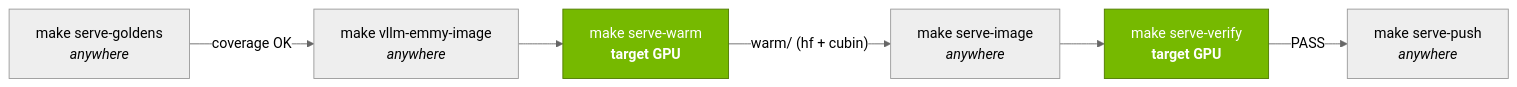
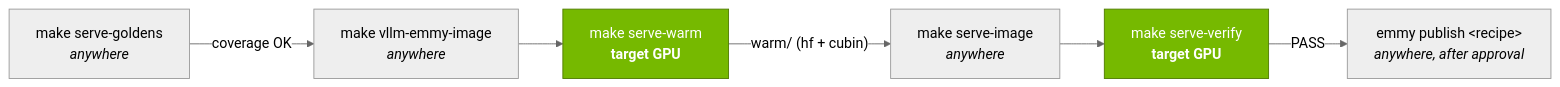
Before and after one commit to cloudrift-ai/server-benchmark: the diagram in docker/vllm-emmy-serve/ARCHITECTURE.md, drawn with Mermaid (neutral theme). The commit also changed other lines of this file and 21 other files, not shown here.

````diff
--- a/docker/vllm-emmy-serve/ARCHITECTURE.md
+++ b/docker/vllm-emmy-serve/ARCHITECTURE.md
@@ -169,12 +186,12 @@
 ```mermaid
 flowchart LR
     gold["make serve-goldens<br/><i>anywhere</i>"]
     base["make vllm-emmy-image<br/><i>anywhere</i>"]
     warm["make serve-warm<br/><b>target GPU</b>"]
     bake["make serve-image<br/><i>anywhere</i>"]
     verify["make serve-verify<br/><b>target GPU</b>"]
-    push["make serve-push<br/><i>anywhere</i>"]
-    gold -- "coverage OK" --> base --> warm -- "warm/ (hf + cubin)" --> bake --> verify -- PASS --> push
+    publish["emmy publish &lt;recipe&gt;<br/><i>anywhere, after approval</i>"]
+    gold -- "coverage OK" --> base --> warm -- "warm/ (hf + cubin)" --> bake --> verify -- PASS --> publish
     classDef gpu fill:#76b900,color:#fff,stroke:#4e7a00
     class warm,verify gpu
 ```
````
